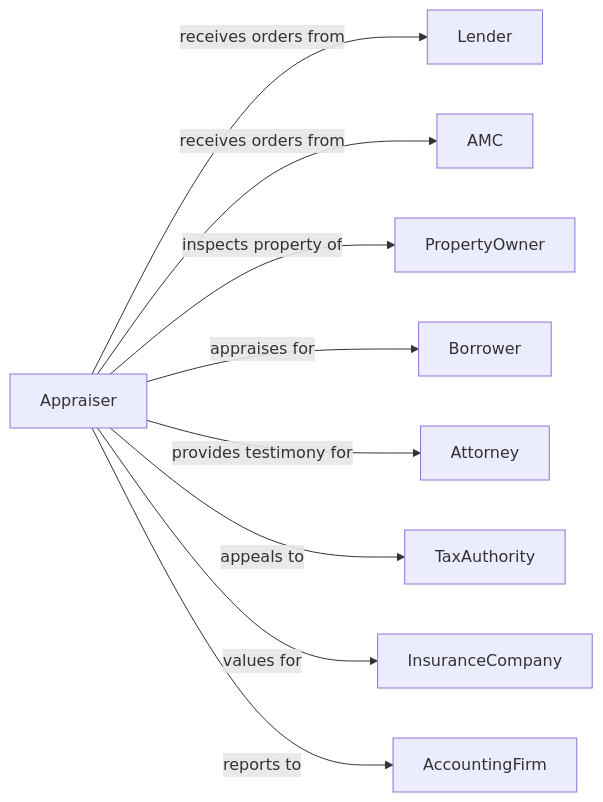
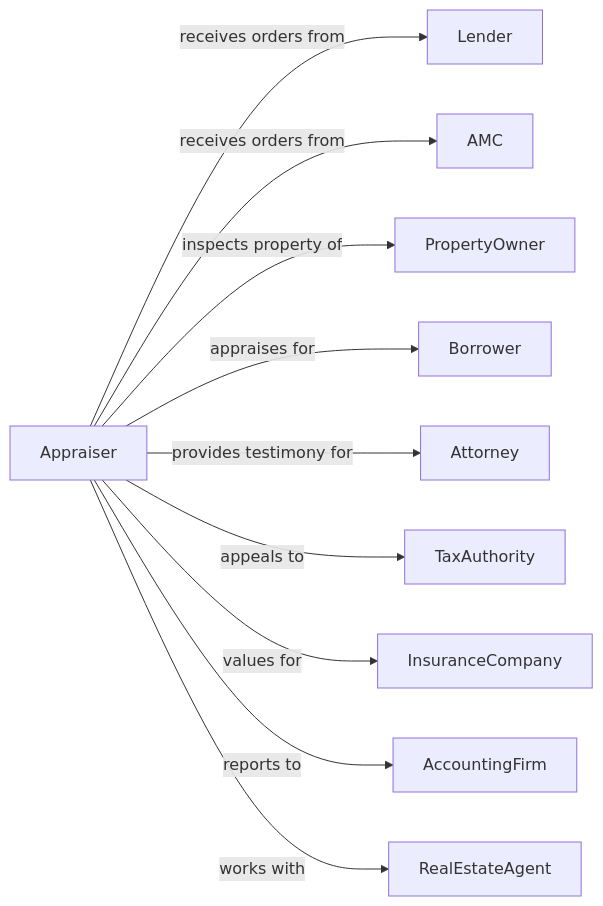
Before and after one commit to dot-org-ai/industries.org.ai: the second of 2 diagrams in RealEstate/RealEstate/ActivitiesRelatedToRealEstate/OfficesOfRealEstateAppraisers.mdx, drawn with Mermaid. The commit also changed 588 other files, not shown here.

````diff
--- a/RealEstate/RealEstate/ActivitiesRelatedToRealEstate/OfficesOfRealEstateAppraisers.mdx
+++ b/RealEstate/RealEstate/ActivitiesRelatedToRealEstate/OfficesOfRealEstateAppraisers.mdx
@@ -133,13 +133,14 @@
 ```mermaid
 graph LR
     A[Appraiser]
 
     A -->|receives orders from| Lender
     A -->|receives orders from| AMC
     A -->|inspects property of| PropertyOwner
     A -->|appraises for| Borrower
     A -->|provides testimony for| Attorney
     A -->|appeals to| TaxAuthority
     A -->|values for| InsuranceCompany
     A -->|reports to| AccountingFirm
+    A -->|works with| RealEstateAgent
 ```
````
